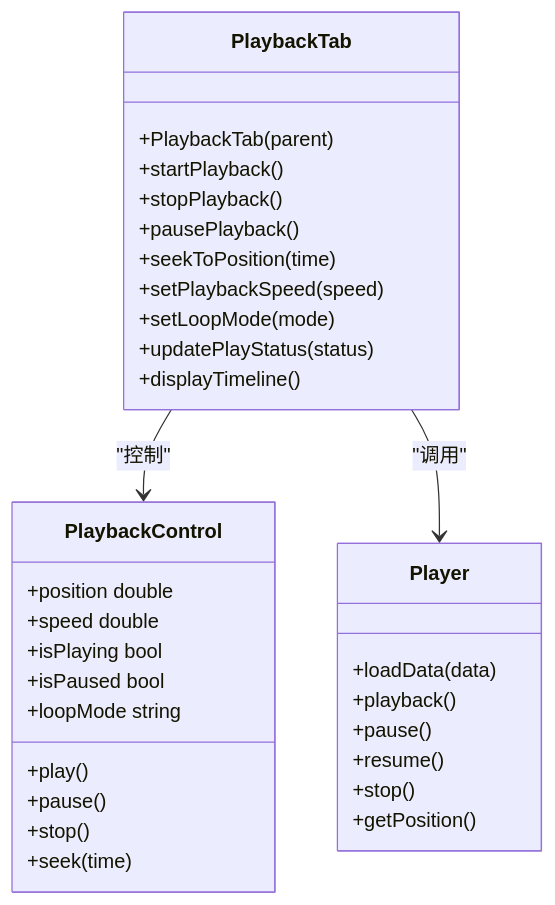
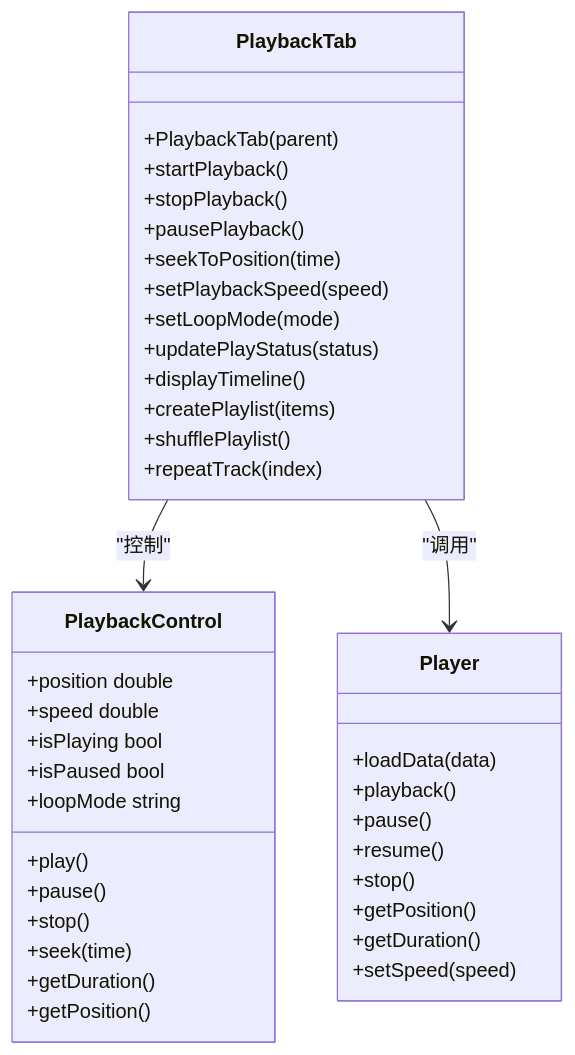
Before and after one commit to jakecai1225-design/OpenBus: diagram 12 of 15 in .qoder/repowiki/zh/content/架构设计/UI系统设计/UI系统设计.md, drawn with Mermaid. The commit also changed other lines of this file and 215 other files, not shown here.

````diff
--- a/.qoder/repowiki/zh/content/架构设计/UI系统设计/UI系统设计.md
+++ b/.qoder/repowiki/zh/content/架构设计/UI系统设计/UI系统设计.md
@@ -913,35 +764,42 @@
 ```mermaid
 classDiagram
 class PlaybackTab {
 +PlaybackTab(parent)
 +startPlayback()
 +stopPlayback()
 +pausePlayback()
 +seekToPosition(time)
 +setPlaybackSpeed(speed)
 +setLoopMode(mode)
 +updatePlayStatus(status)
 +displayTimeline()
++createPlaylist(items)
++shufflePlaylist()
++repeatTrack(index)
 }
 class PlaybackControl {
 +position double
 +speed double
 +isPlaying bool
 +isPaused bool
 +loopMode string
 +play()
 +pause()
 +stop()
 +seek(time)
++getDuration()
++getPosition()
 }
 class Player {
 +loadData(data)
 +playback()
 +pause()
 +resume()
 +stop()
 +getPosition()
++getDuration()
++setSpeed(speed)
 }
 PlaybackTab --> PlaybackControl : "控制"
 PlaybackTab --> Player : "调用"
 ```
````
